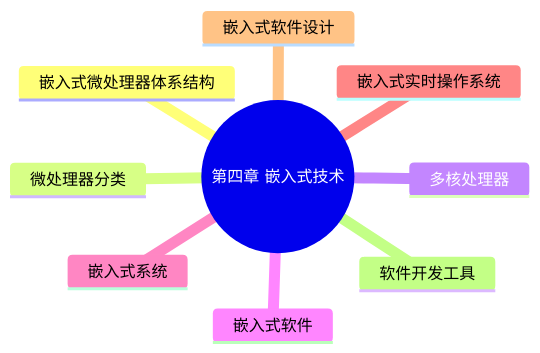
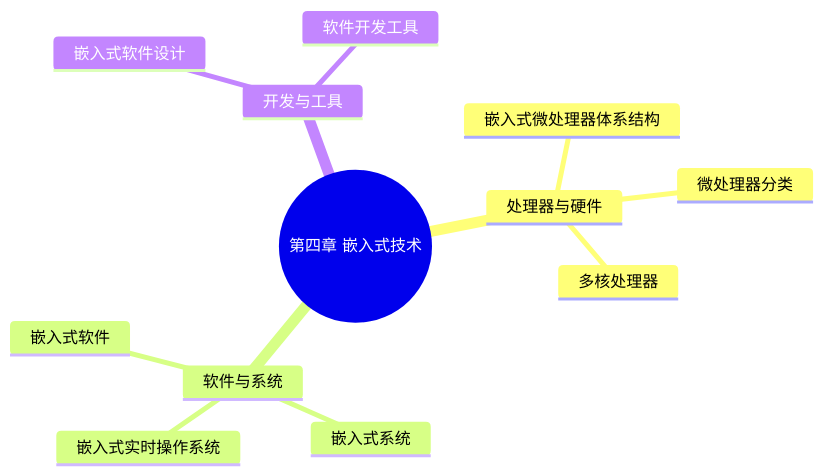
The diagram in docs/ruankao/system-architect/chapters/chapter-04/01-embedded-technology.md (skylonely/sgao-website), drawn with Mermaid before and after one commit. The commit also changed other lines of this file and 39 other files, not shown here.

Commit message:
fix: Mermaid 思维导图

````diff
--- a/docs/ruankao/system-architect/chapters/chapter-04/01-embedded-technology.md
+++ b/docs/ruankao/system-architect/chapters/chapter-04/01-embedded-technology.md
@@ -29,12 +29,15 @@
 ```mermaid
 mindmap
   root((第四章 嵌入式技术))
-    嵌入式微处理器体系结构
-    微处理器分类
-    多核处理器
-    嵌入式软件
-    嵌入式系统
-    嵌入式实时操作系统
-    嵌入式软件设计
-    软件开发工具
+    处理器与硬件
+      嵌入式微处理器体系结构
+      微处理器分类
+      多核处理器
+    软件与系统
+      嵌入式软件
+      嵌入式系统
+      嵌入式实时操作系统
+    开发与工具
+      嵌入式软件设计
+      软件开发工具
 ```
````
